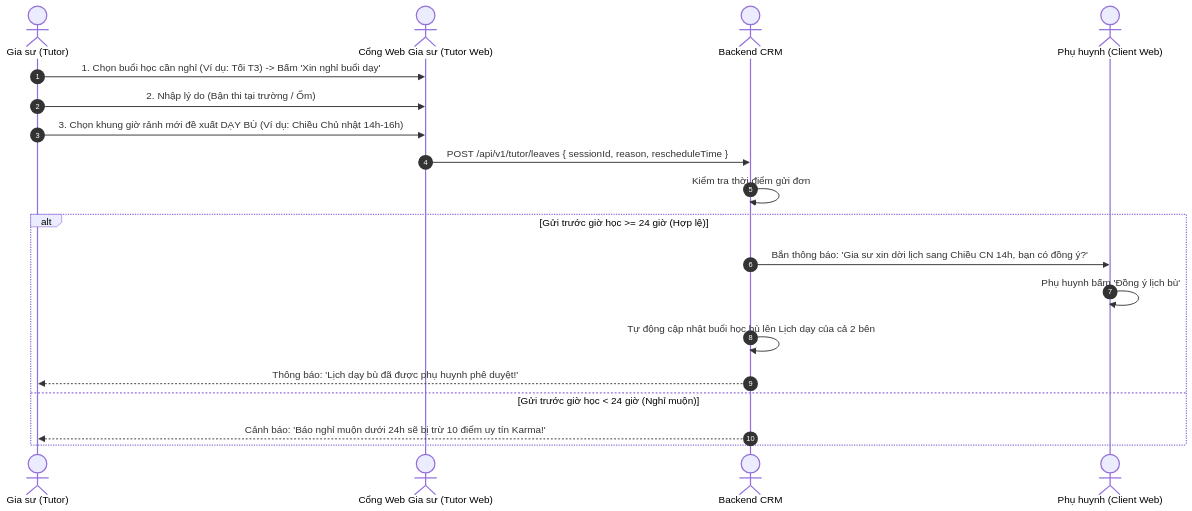
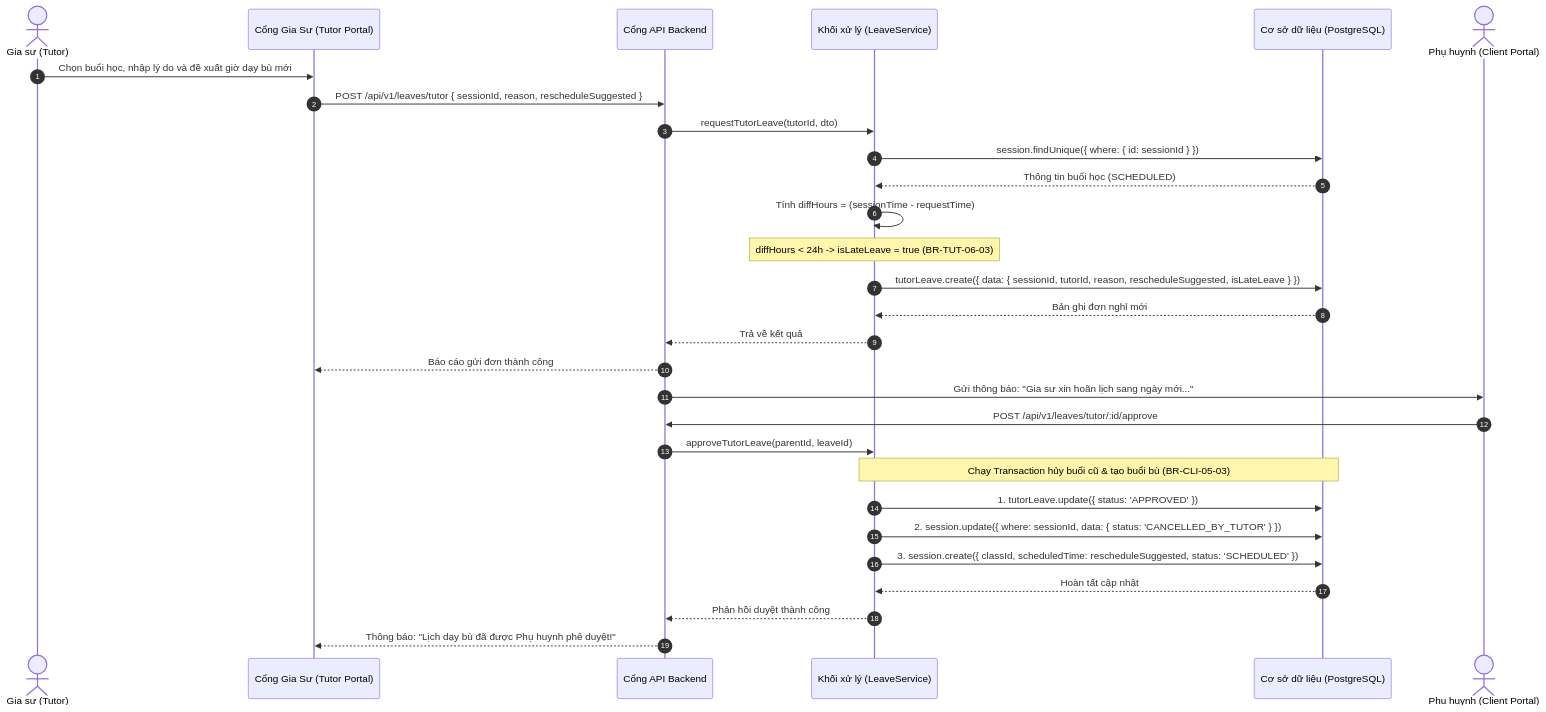
The third of 3 diagrams in docs/nghiep-vu/2-tutor-portal/06-LichDayBaoNghiVaDayBu.md (dung-0109/DATN_CRM_GIA_SU), drawn with Mermaid before and after one commit. The commit also changed other lines of this file and 22 other files, not shown here.

Commit message:
docs: upgrade business specifications for Client Portal, Tutor Portal and Admin CRM to enterprise use case standard

````diff
--- a/docs/nghiep-vu/2-tutor-portal/06-LichDayBaoNghiVaDayBu.md
+++ b/docs/nghiep-vu/2-tutor-portal/06-LichDayBaoNghiVaDayBu.md
@@ -43,23 +127,34 @@
 ```mermaid
 sequenceDiagram
     autonumber
-    actor GS as Gia sư (Tutor)
-    actor Web as Cổng Web Gia sư (Tutor Web)
-    actor API as Backend CRM
-    actor PH as Phụ huynh (Client Web)
+    actor Tutor as Gia sư (Tutor)
+    participant FE_Tutor as Cổng Gia Sư (Tutor Portal)
+    participant API as Cổng API Backend
+    participant Service as Khối xử lý (LeaveService)
+    participant DB as Cơ sở dữ liệu (PostgreSQL)
+    actor Parent as Phụ huynh (Client Portal)
 
-    GS->>Web: 1. Chọn buổi học cần nghỉ (Ví dụ: Tối T3) -> Bấm 'Xin nghỉ buổi dạy'
-    GS->>Web: 2. Nhập lý do (Bận thi tại trường / Ốm)
-    GS->>Web: 3. Chọn khung giờ rảnh mới đề xuất DẠY BÙ (Ví dụ: Chiều Chủ nhật 14h-16h)
-    Web->>API: POST /api/v1/tutor/leaves { sessionId, reason, rescheduleTime }
-    
-    API->>API: Kiểm tra thời điểm gửi đơn
-    alt Gửi trước giờ học >= 24 giờ (Hợp lệ)
-        API->>PH: Bắn thông báo: 'Gia sư xin dời lịch sang Chiều CN 14h, bạn có đồng ý?'
-        PH->>PH: Phụ huynh bấm 'Đồng ý lịch bù'
-        API->>API: Tự động cập nhật buổi học bù lên Lịch dạy của cả 2 bên
-        API-->>GS: Thông báo: 'Lịch dạy bù đã được phụ huynh phê duyệt!'
-    else Gửi trước giờ học < 24 giờ (Nghỉ muộn)
-        API-->>GS: Cảnh báo: 'Báo nghỉ muộn dưới 24h sẽ bị trừ 10 điểm uy tín Karma!'
-    end
+    Tutor->>FE_Tutor: Chọn buổi học, nhập lý do và đề xuất giờ dạy bù mới
+    FE_Tutor->>API: POST /api/v1/leaves/tutor { sessionId, reason, rescheduleSuggested }
+    API->>Service: requestTutorLeave(tutorId, dto)
+    Service->>DB: session.findUnique({ where: { id: sessionId } })
+    DB-->>Service: Thông tin buổi học (SCHEDULED)
+
+    Service->>Service: Tính diffHours = (sessionTime - requestTime)
+    Note over Service: diffHours < 24h -> isLateLeave = true (BR-TUT-06-03)
+    Service->>DB: tutorLeave.create({ data: { sessionId, tutorId, reason, rescheduleSuggested, isLateLeave } })
+    DB-->>Service: Bản ghi đơn nghỉ mới
+    Service-->>API: Trả về kết quả
+    API-->>FE_Tutor: Báo cáo gửi đơn thành công
+
+    API->>Parent: Gửi thông báo: "Gia sư xin hoãn lịch sang ngày mới..."
+    Parent->>API: POST /api/v1/leaves/tutor/:id/approve
+    API->>Service: approveTutorLeave(parentId, leaveId)
+    Note over Service, DB: Chạy Transaction hủy buổi cũ & tạo buổi bù (BR-CLI-05-03)
+    Service->>DB: 1. tutorLeave.update({ status: 'APPROVED' })
+    Service->>DB: 2. session.update({ where: sessionId, data: { status: 'CANCELLED_BY_TUTOR' } })
+    Service->>DB: 3. session.create({ classId, scheduledTime: rescheduleSuggested, status: 'SCHEDULED' })
+    DB-->>Service: Hoàn tất cập nhật
+    Service-->>API: Phản hồi duyệt thành công
+    API-->>FE_Tutor: Thông báo: "Lịch dạy bù đã được Phụ huynh phê duyệt!"
 ```
````
